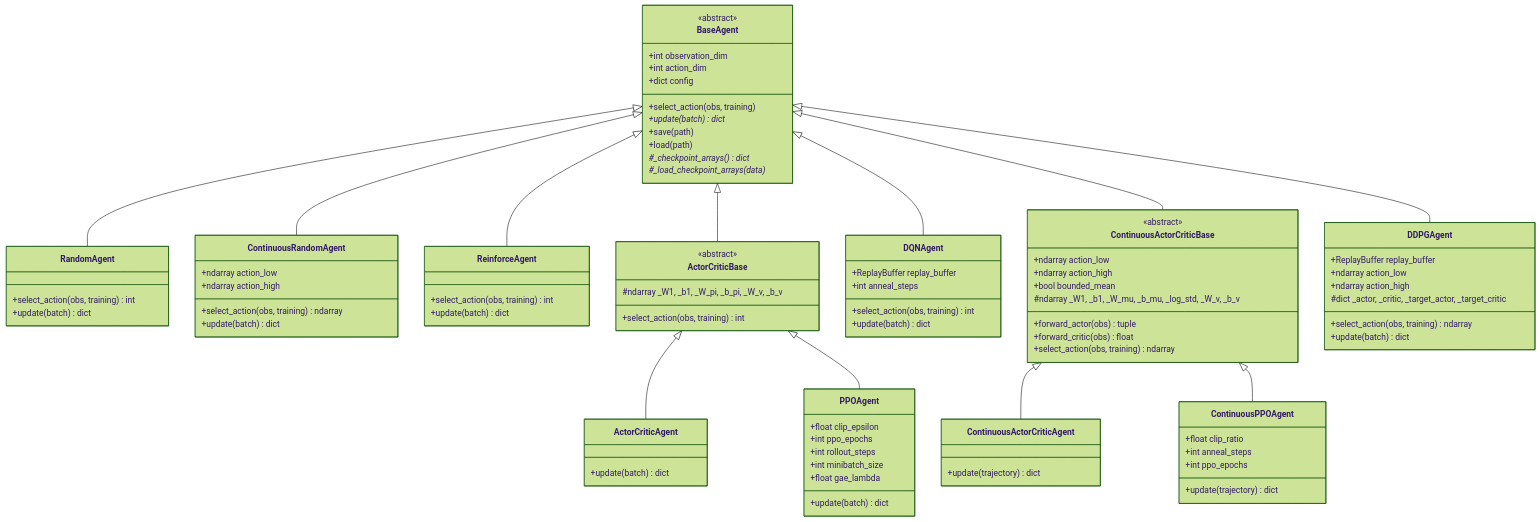
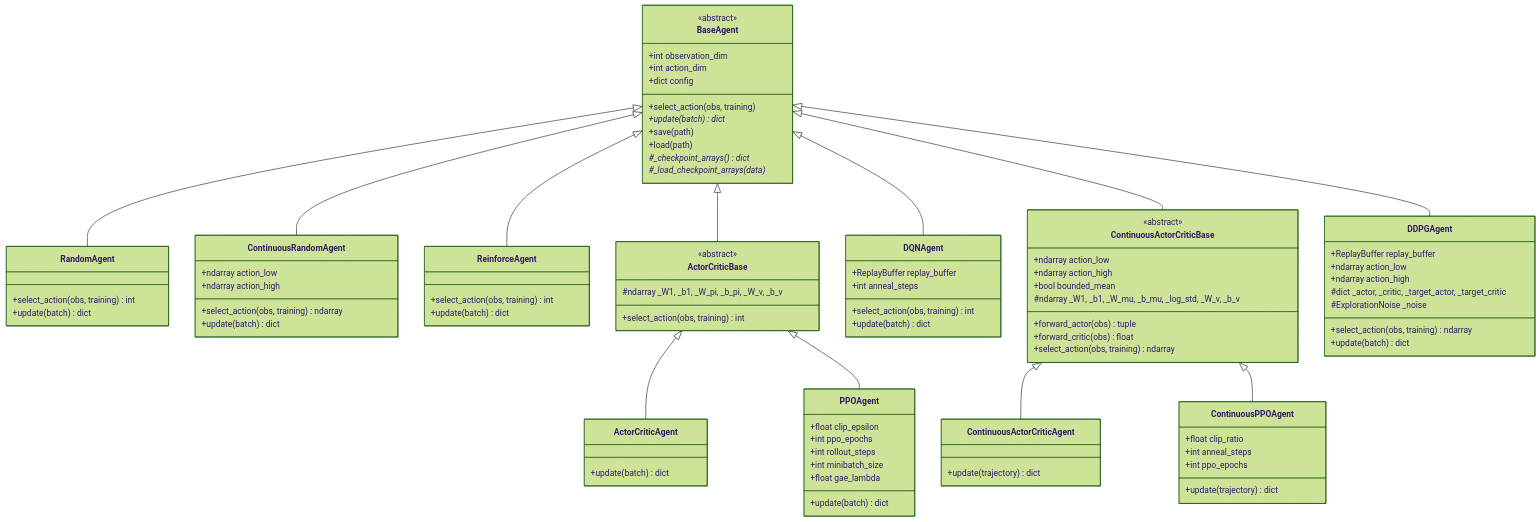
One commit to andreijw/AI changed the second of 3 diagrams in ARCHITECTURE.md. Above: the diagram before and after it, drawn with Mermaid (forest theme). The commit also changed other lines of this file and 24 other files, not shown here.

```diff
--- a/ARCHITECTURE.md
+++ b/ARCHITECTURE.md
@@ -224,6 +228,7 @@
         +ndarray action_low
         +ndarray action_high
         #dict _actor, _critic, _target_actor, _target_critic
+        #ExplorationNoise _noise
         +select_action(obs, training) ndarray
         +update(batch) dict
     }
```
